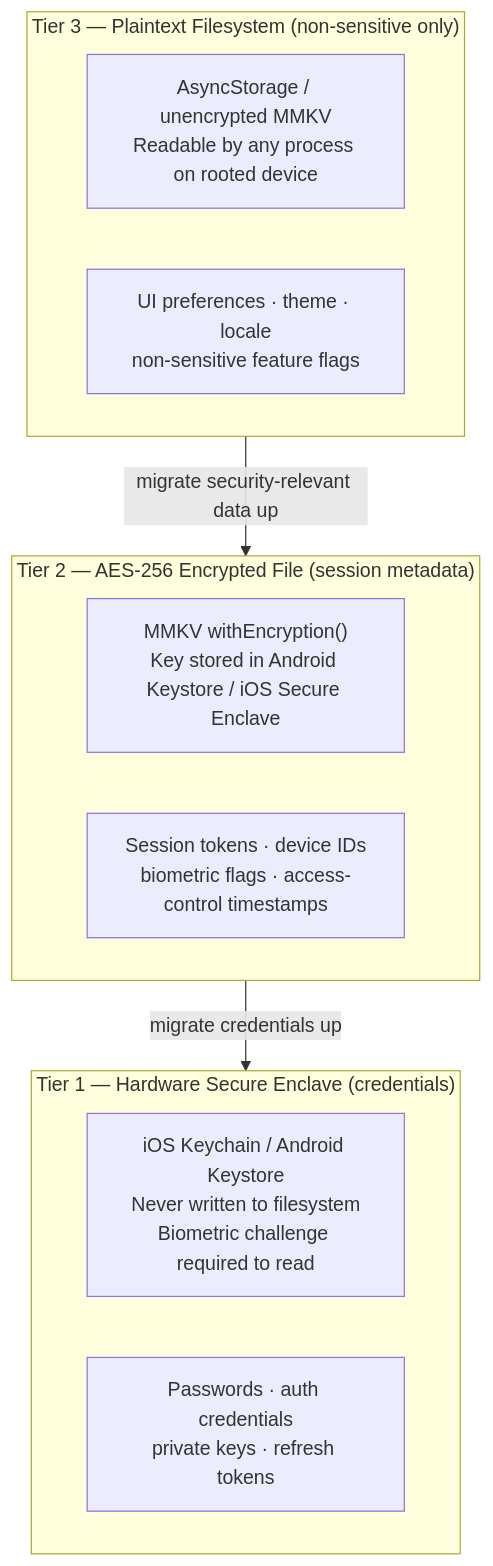
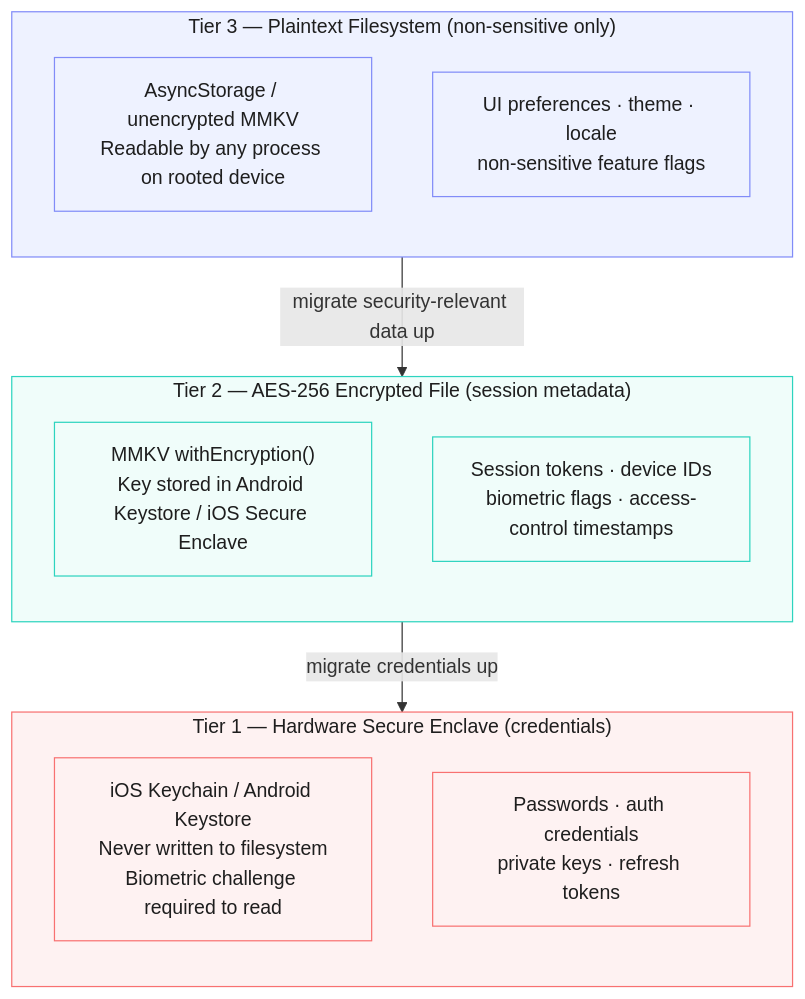
One commit to rohan3342/mobile-engineering-hub changed diagram 12 of 23 in docs/security/01-rn-security-defense-in-depth.md. Above: the diagram before and after it, drawn with Mermaid.

Commit message:
chore: Securing Data at Rest and Authentication - flowchart TB

````diff
--- a/docs/security/01-rn-security-defense-in-depth.md
+++ b/docs/security/01-rn-security-defense-in-depth.md
@@ -1055,23 +1055,33 @@
 ```mermaid
 flowchart TB
-   subgraph T1["Tier 3 — Plaintext Filesystem  (non-sensitive only)"]
-       direction LR
-       T1A["AsyncStorage / unencrypted MMKV\nReadable by any process on rooted device"]
-       T1B["UI preferences · theme · locale\nnon-sensitive feature flags"]
-   end
+    %% Vertically stacked and horizontally centered tiers
+    subgraph T1["Tier 3 — Plaintext Filesystem  (non-sensitive only)"]
+        direction TB
+        T1A["AsyncStorage / unencrypted MMKV\nReadable by any process on rooted device"]
+        T1B["UI preferences · theme · locale\nnon-sensitive feature flags"]
+    end
 
-   subgraph T2["Tier 2 — AES-256 Encrypted File  (session metadata)"]
-       direction LR
-       T2A["MMKV withEncryption()\nKey stored in Android Keystore / iOS Secure Enclave"]
-       T2B["Session tokens · device IDs\nbiometric flags · access-control timestamps"]
-   end
+    subgraph T2["Tier 2 — AES-256 Encrypted File  (session metadata)"]
+        direction TB
+        T2A["MMKV withEncryption()\nKey stored in Android Keystore / iOS Secure Enclave"]
+        T2B["Session tokens · device IDs\nbiometric flags · access-control timestamps"]
+    end
 
-   subgraph T3["Tier 1 — Hardware Secure Enclave  (credentials)"]
-       direction LR
-       T3A["iOS Keychain / Android Keystore\nNever written to filesystem\nBiometric challenge required to read"]
-       T3B["Passwords · auth credentials\nprivate keys · refresh tokens"]
-   end
+    subgraph T3["Tier 1 — Hardware Secure Enclave  (credentials)"]
+        direction TB
+        T3A["iOS Keychain / Android Keystore\nNever written to filesystem\nBiometric challenge required to read"]
+        T3B["Passwords · auth credentials\nprivate keys · refresh tokens"]
+    end
 
-   T1 -- migrate security-relevant data up --> T2
-   T2 -- migrate credentials up --> T3
+    %% Straight vertical alignment between tiers
+    T1 -->|"migrate security-relevant data up"| T2
+    T2 -->|"migrate credentials up"| T3
+
+    classDef tier3 fill:#eef2ff,stroke:#818cf8,color:#1e1e1e,text-align:center;
+    classDef tier2 fill:#f0fdfa,stroke:#2dd4bf,color:#1e1e1e,text-align:center;
+    classDef tier1 fill:#fef2f2,stroke:#f87171,color:#1e1e1e,text-align:center;
+
+    class T1,T1A,T1B tier3;
+    class T2,T2A,T2B tier2;
+    class T3,T3A,T3B tier1;
 ```
````
